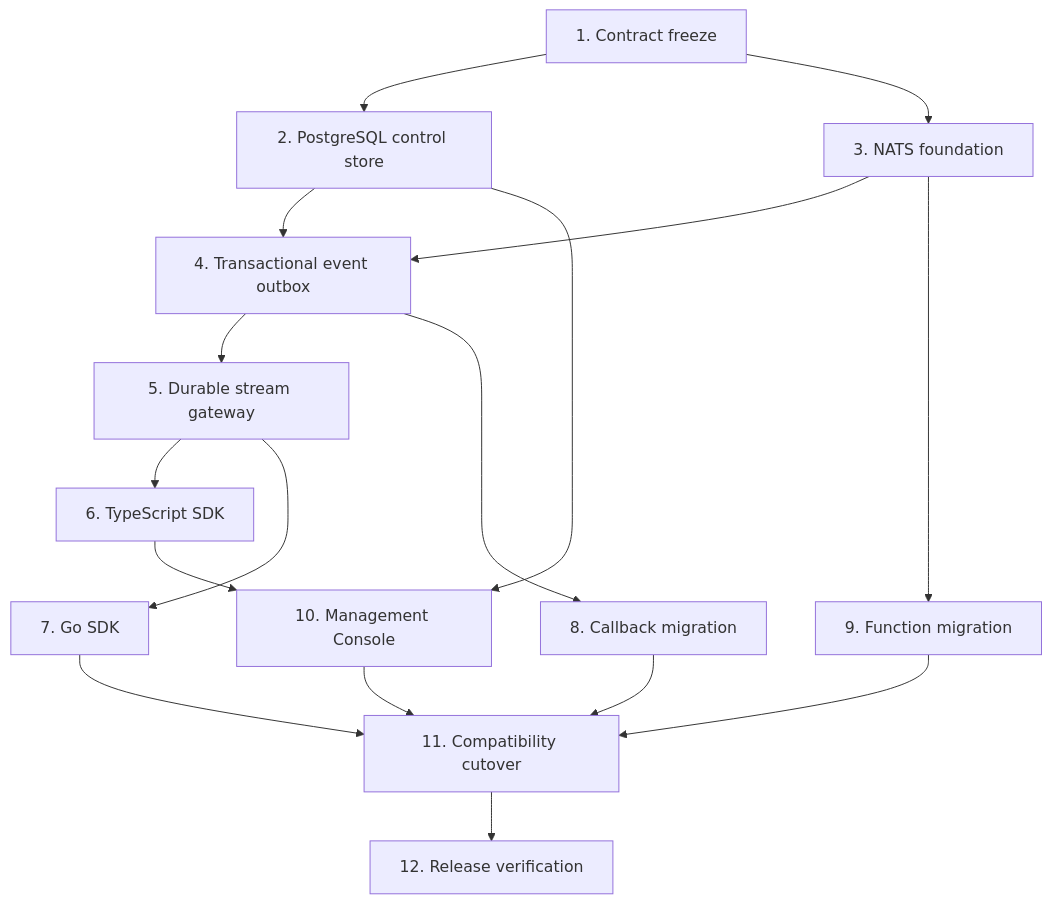
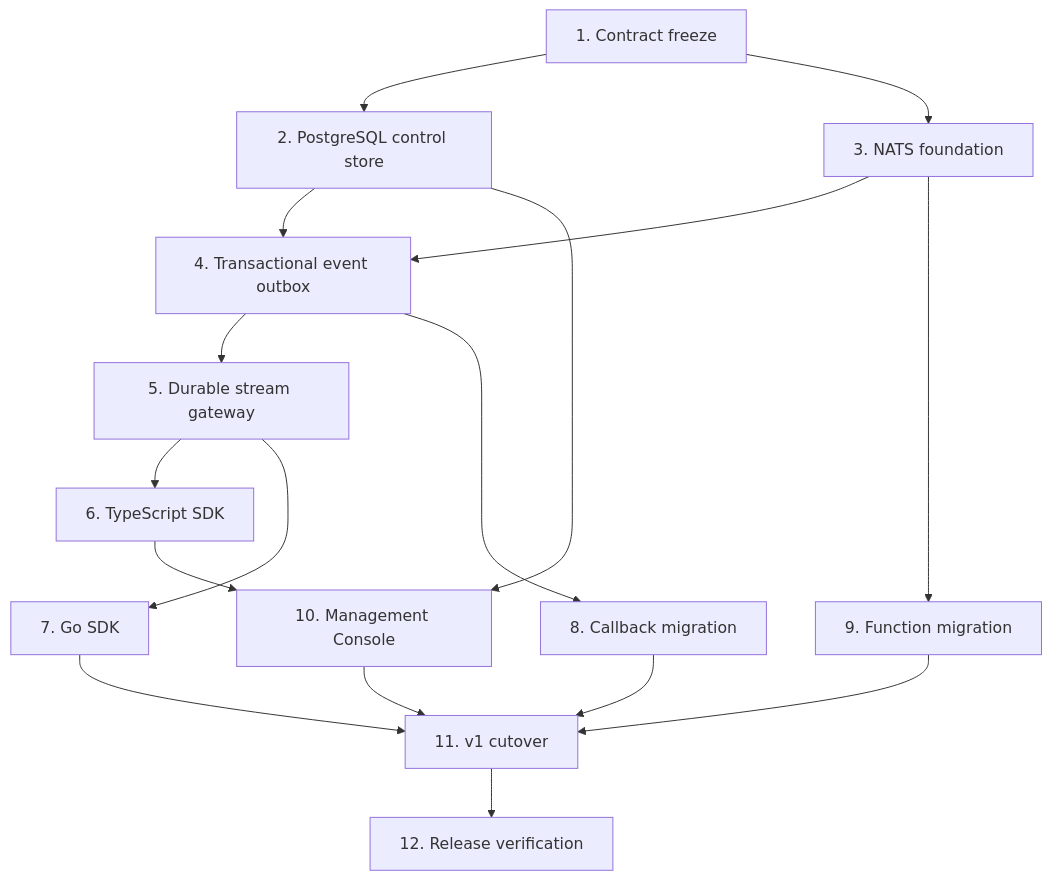
Before and after one commit to dungxbuif/RelayHub: the diagram in docs/superpowers/plans/2026-09-12-relayhub-nats-platform.md, drawn with Mermaid. The commit also changed other lines of this file and 2 other files, not shown here.

````diff
--- a/docs/superpowers/plans/2026-09-12-relayhub-nats-platform.md
+++ b/docs/superpowers/plans/2026-09-12-relayhub-nats-platform.md
@@ -34,19 +34,19 @@
 ```mermaid
 flowchart TD
     T1[1. Contract freeze] --> T2[2. PostgreSQL control store]
     T1 --> T3[3. NATS foundation]
     T2 --> T4[4. Transactional event outbox]
     T3 --> T4
     T4 --> T5[5. Durable stream gateway]
     T5 --> T6[6. TypeScript SDK]
     T5 --> T7[7. Go SDK]
     T4 --> T8[8. Callback migration]
     T3 --> T9[9. Function migration]
     T2 --> T10[10. Management Console]
     T6 --> T10
-    T7 --> T11[11. Compatibility cutover]
+    T7 --> T11[11. v1 cutover]
     T8 --> T11
     T9 --> T11
     T10 --> T11
     T11 --> T12[12. Release verification]
 ```
````
